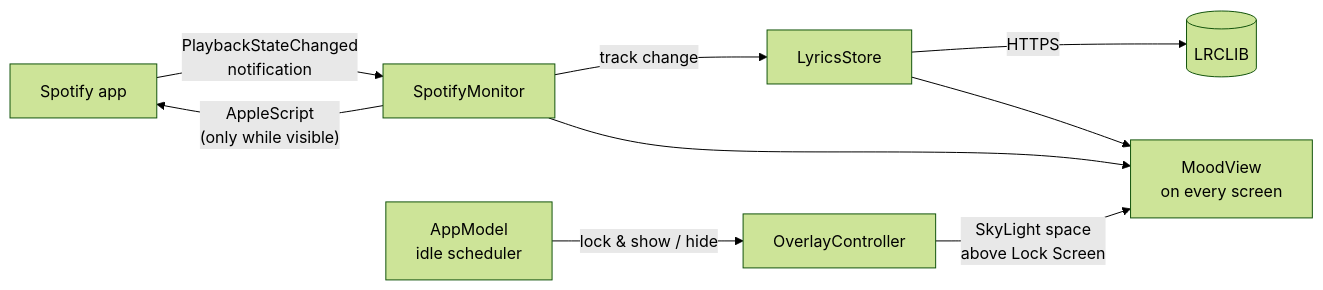
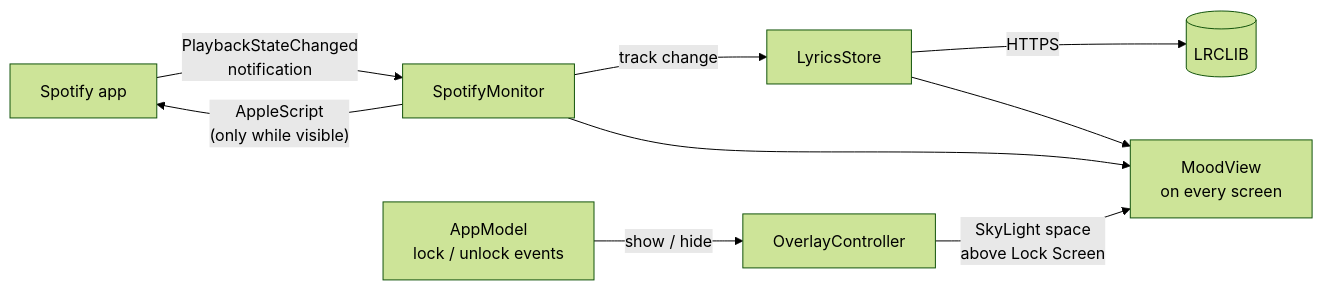
Before and after one commit to PONDHALF/MoodPlay: the diagram in README.md, drawn with Mermaid (forest theme). The commit also changed other lines of this file and 4 other files, not shown here.

````diff
--- a/README.md
+++ b/README.md
@@ -194,11 +194,11 @@
 ```mermaid
 flowchart LR
     S[Spotify app] -- PlaybackStateChanged<br/>notification --> M[SpotifyMonitor]
     M -- AppleScript<br/>(only while visible) --> S
     M -- track change --> L[LyricsStore]
     L -- HTTPS --> R[(LRCLIB)]
-    A[AppModel<br/>idle scheduler] -- lock & show / hide --> O[OverlayController]
+    A[AppModel<br/>lock / unlock events] -- show / hide --> O[OverlayController]
     O -- SkyLight space<br/>above Lock Screen --> V[MoodView<br/>on every screen]
     M --> V
     L --> V
 ```
````
